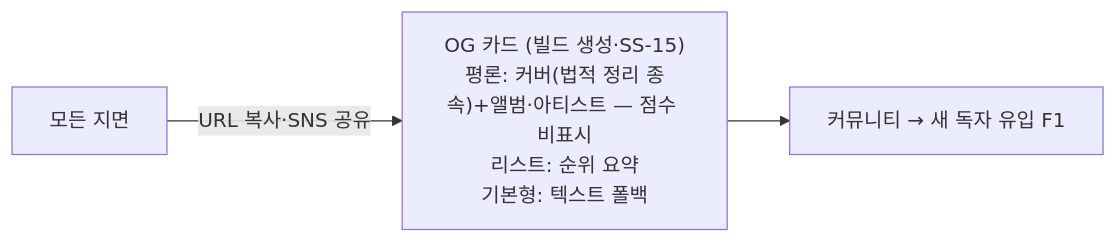
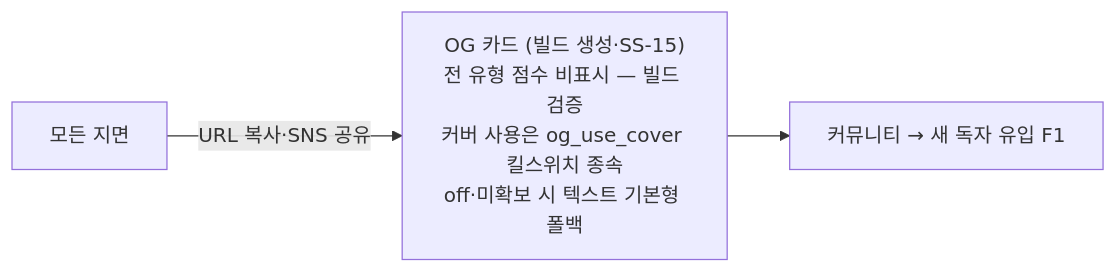
Before and after one commit to fgda114/undernote: the fourth of 5 diagrams in .agent-team/07-design/ux-flow-map.md, drawn with Mermaid. The commit also changed other lines of this file and 20 other files, not shown here.

````diff
--- a/.agent-team/07-design/ux-flow-map.md
+++ b/.agent-team/07-design/ux-flow-map.md
@@ -106,4 +111,4 @@
 ```mermaid
 flowchart LR
-    ANY[모든 지면] -->|URL 복사·SNS 공유| OG["OG 카드 (빌드 생성·SS-15)<br/>평론: 커버(법적 정리 종속)+앨범·아티스트 — 점수 비표시<br/>리스트: 순위 요약<br/>기본형: 텍스트 폴백"] --> BACK[커뮤니티 → 새 독자 유입 F1]
+    ANY[모든 지면] -->|URL 복사·SNS 공유| OG["OG 카드 (빌드 생성·SS-15)<br/>전 유형 점수 비표시 — 빌드 검증<br/>커버 사용은 og_use_cover 킬스위치 종속<br/>off·미확보 시 텍스트 기본형 폴백"] --> BACK[커뮤니티 → 새 독자 유입 F1]
 ```
````
